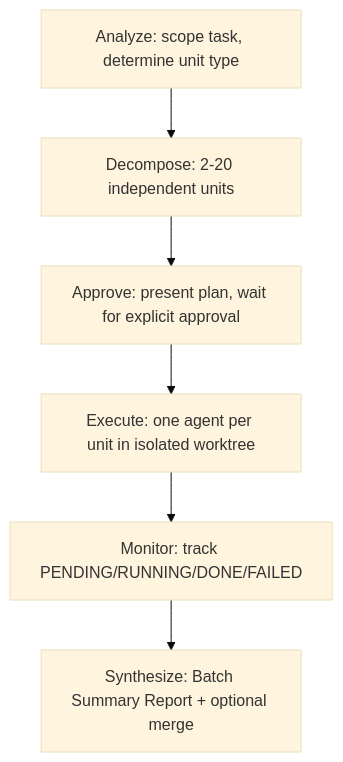
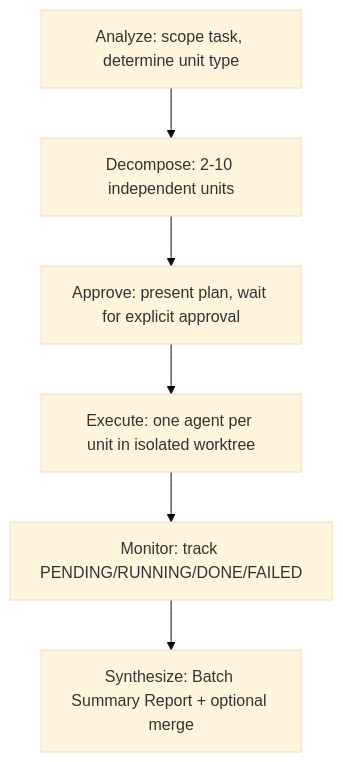
Before and after one commit to unclejobs-ai/second-claude-code: the diagram in docs/skills/batch.md, drawn with Mermaid (base theme). The commit also changed other lines of this file and 147 other files, not shown here.

````diff
--- a/docs/skills/batch.md
+++ b/docs/skills/batch.md
@@ -60,8 +62,8 @@
 ```mermaid
 graph TD
-    A[Analyze: scope task, determine unit type] --> B[Decompose: 2-20 independent units]
+    A[Analyze: scope task, determine unit type] --> B[Decompose: 2-10 independent units]
     B --> C[Approve: present plan, wait for explicit approval]
     C --> D[Execute: one agent per unit in isolated worktree]
     D --> E[Monitor: track PENDING/RUNNING/DONE/FAILED]
     E --> F[Synthesize: Batch Summary Report + optional merge]
 ```
````
